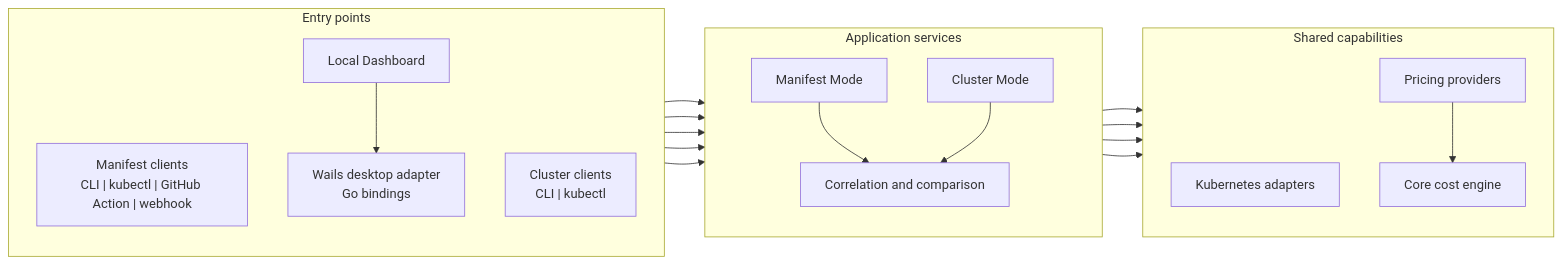
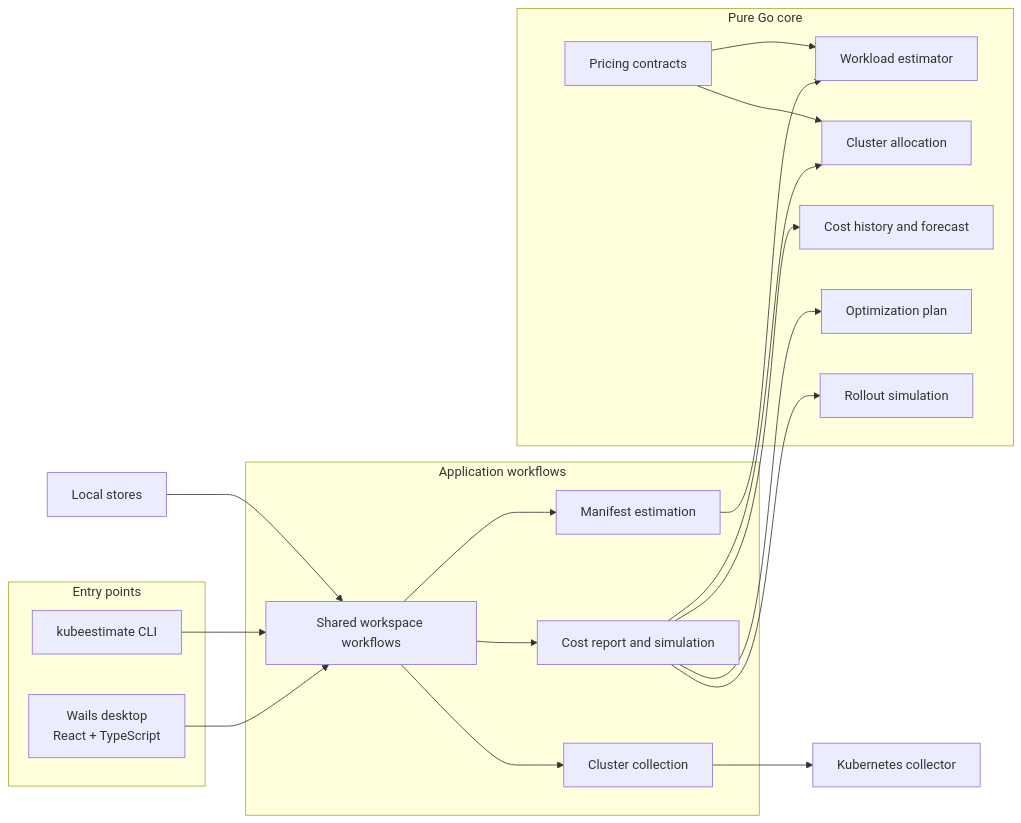
The diagram in docs/architecture.md (Kilianrm/kube-budget), drawn with Mermaid before and after one commit. The commit also changed other lines of this file and 7 other files, not shown here.

````diff
--- a/docs/architecture.md
+++ b/docs/architecture.md
@@ -28,38 +9,38 @@
 ```mermaid
 flowchart LR
-	subgraph Delivery["Entry points"]
-		direction TB
-		ManifestClients["Manifest clients<br/>CLI | kubectl | GitHub Action | webhook"]
-		ClusterClients["Cluster clients<br/>CLI | kubectl"]
-		Dashboard["Local Dashboard"]
-		DesktopAdapter["Wails desktop adapter<br/>Go bindings"]
-		Dashboard --> DesktopAdapter
-	end
+    subgraph Entry["Entry points"]
+        Desktop["Wails desktop<br/>React + TypeScript"]
+        CLI["kubeestimate CLI"]
+    end
 
-	subgraph Services["Application services"]
-		direction TB
-		ManifestMode["Manifest Mode"]
-		ClusterMode["Cluster Mode"]
-		Comparison["Correlation and comparison"]
-	end
+    subgraph Application["Application workflows"]
+        Workspace["Shared workspace workflows"]
+        Manifest["Manifest estimation"]
+        Cluster["Cluster collection"]
+        Explorer["Cost report and simulation"]
+    end
 
-	subgraph Shared["Shared capabilities"]
-		direction TB
-		Adapters["Kubernetes adapters"]
-		Engine["Core cost engine"]
-		Pricing["Pricing providers"]
-	end
+    subgraph Core["Pure Go core"]
+        Engine["Workload estimator"]
+        Allocation["Cluster allocation"]
+        Series["Cost history and forecast"]
+        Optimize["Optimization plan"]
+        WhatIf["Rollout simulation"]
+        Pricing["Pricing contracts"]
+    end
 
-	ManifestClients --> ManifestMode
-	ClusterClients --> ClusterMode
-	DesktopAdapter --> ManifestMode
-	DesktopAdapter --> ClusterMode
-	DesktopAdapter --> Comparison
-	ManifestMode --> Adapters
-	ClusterMode --> Adapters
-	ManifestMode --> Engine
-	ClusterMode --> Engine
-	ManifestMode --> Comparison
-	ClusterMode --> Comparison
-	Pricing --> Engine
+    Desktop --> Workspace
+    CLI --> Workspace
+    Workspace --> Manifest
+    Workspace --> Cluster
+    Workspace --> Explorer
+    Manifest --> Engine
+    Cluster --> Collector["Kubernetes collector"]
+    Explorer --> Allocation
+    Explorer --> Series
+    Explorer --> Optimize
+    Explorer --> WhatIf
+    Pricing --> Engine
+    Pricing --> Allocation
+    Storage["Local stores"] --> Workspace
 ```
````
